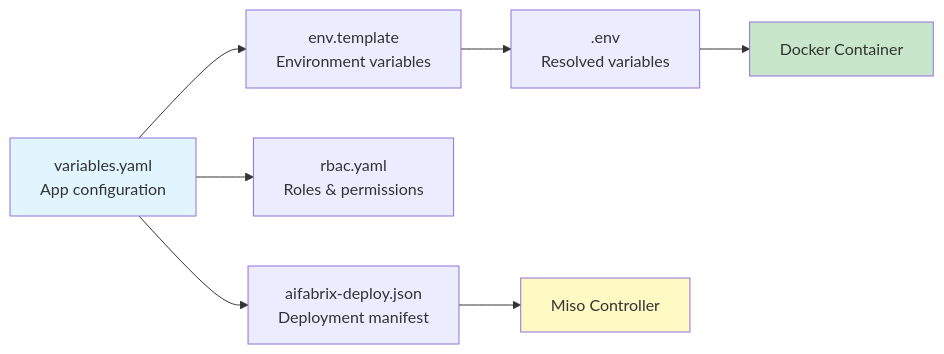
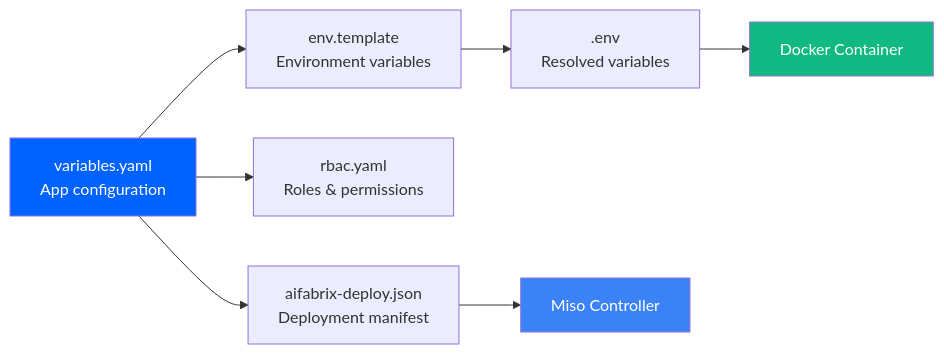
Before and after one commit to esystemsdev/aifabrix-builder: the first of 3 diagrams in docs/CONFIGURATION.md, drawn with Mermaid. The commit also changed other lines of this file and 9 other files, not shown here.

````diff
--- a/docs/CONFIGURATION.md
+++ b/docs/CONFIGURATION.md
@@ -11,13 +11,13 @@
 ```mermaid
 flowchart LR
     Variables[variables.yaml<br/>App configuration] --> EnvTemplate[env.template<br/>Environment variables]
     EnvTemplate --> Env[.env<br/>Resolved variables]
     Variables --> Rbac[rbac.yaml<br/>Roles & permissions]
     Variables --> DeployJson[aifabrix-deploy.json<br/>Deployment manifest]
     Env --> Container[Docker Container]
     DeployJson --> Controller[Miso Controller]
     
-    style Variables fill:#e1f5ff
-    style Container fill:#c8e6c9
-    style Controller fill:#fff9c4
+    style Variables fill:#0062FF,color:#FFFFFF
+    style Container fill:#10B981,color:#FFFFFF
+    style Controller fill:#3B82F6,color:#FFFFFF
 ```
````
